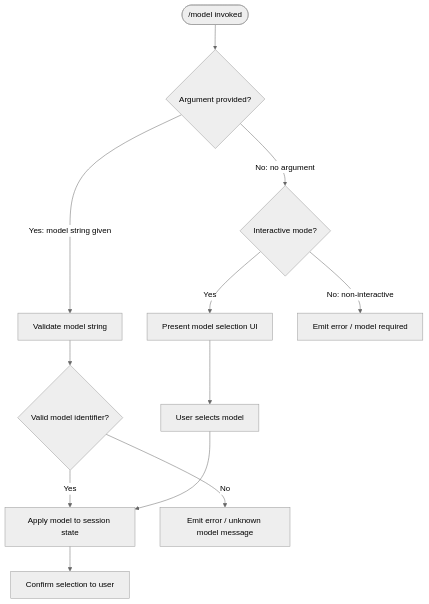
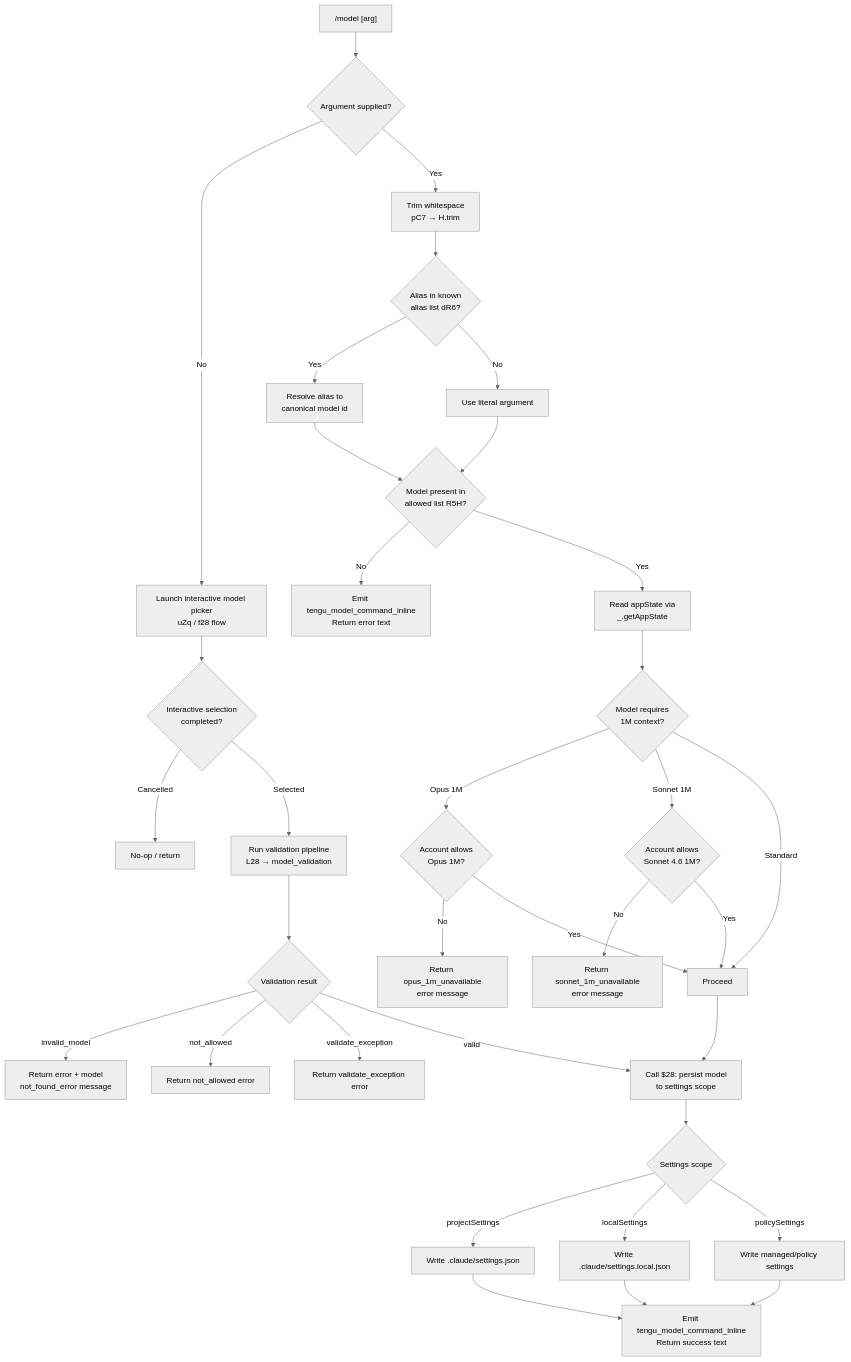
The diagram in versions/v2.1.145/model.md (MyLittleLuckyDog/cc-gnothi), drawn with Mermaid (neutral theme) before and after one commit. The commit also changed other lines of this file and 483 other files, not shown here.

````diff
--- a/versions/v2.1.145/model.md
+++ b/versions/v2.1.145/model.md
@@ -48,14 +56,35 @@
 ```mermaid
 flowchart TD
-    A(["/model invoked"]) --> B{Argument provided?}
-    B -- "Yes: model string given" --> C[Validate model string]
-    C --> D{Valid model identifier?}
-    D -- "Yes" --> E[Apply model to session state]
-    E --> F[Confirm selection to user]
-    D -- "No" --> G[Emit error / unknown model message]
-    B -- "No: no argument" --> H{Interactive mode?}
-    H -- "Yes" --> I[Present model selection UI]
-    I --> J[User selects model]
-    J --> E
-    H -- "No: non-interactive" --> K[Emit error / model required]
+    A["/model [arg]"] --> B{Argument supplied?}
+    B -- No --> C[Launch interactive model picker\nuZq / f28 flow]
+    B -- Yes --> D[Trim whitespace\npC7 → H.trim]
+    D --> E{Alias in known\nalias list dR6?}
+    E -- Yes --> F[Resolve alias to\ncanonical model id]
+    E -- No --> G[Use literal argument]
+    F & G --> H{Model present in\nallowed list R5H?}
+    H -- No --> I[Emit tengu_model_command_inline\nReturn error text]
+    H -- Yes --> J[Read appState via\n_.getAppState]
+    J --> K{Model requires\n1M context?}
+    K -- Opus 1M --> L{Account allows\nOpus 1M?}
+    L -- No --> M[Return opus_1m_unavailable\nerror message]
+    L -- Yes --> N[Proceed]
+    K -- Sonnet 1M --> O{Account allows\nSonnet 4.6 1M?}
+    O -- No --> P[Return sonnet_1m_unavailable\nerror message]
+    O -- Yes --> N
+    K -- Standard --> N
+    N --> Q[Call $28: persist model\nto settings scope]
+    Q --> R{Settings scope}
+    R -- projectSettings --> S[Write .claude/settings.json]
+    R -- localSettings --> T[Write .claude/settings.local.json]
+    R -- policySettings --> U[Write managed/policy settings]
+    S & T & U --> V[Emit tengu_model_command_inline\nReturn success text]
+
+    C --> W{Interactive selection\ncompleted?}
+    W -- Cancelled --> X[No-op / return]
+    W -- Selected --> Y[Run validation pipeline\nL28 → model_validation]
+    Y --> Z{Validation result}
+    Z -- invalid_model --> AA[Return error + model\nnot_found_error message]
+    Z -- not_allowed --> AB[Return not_allowed error]
+    Z -- validate_exception --> AC[Return validate_exception error]
+    Z -- valid --> Q
 ```
````
